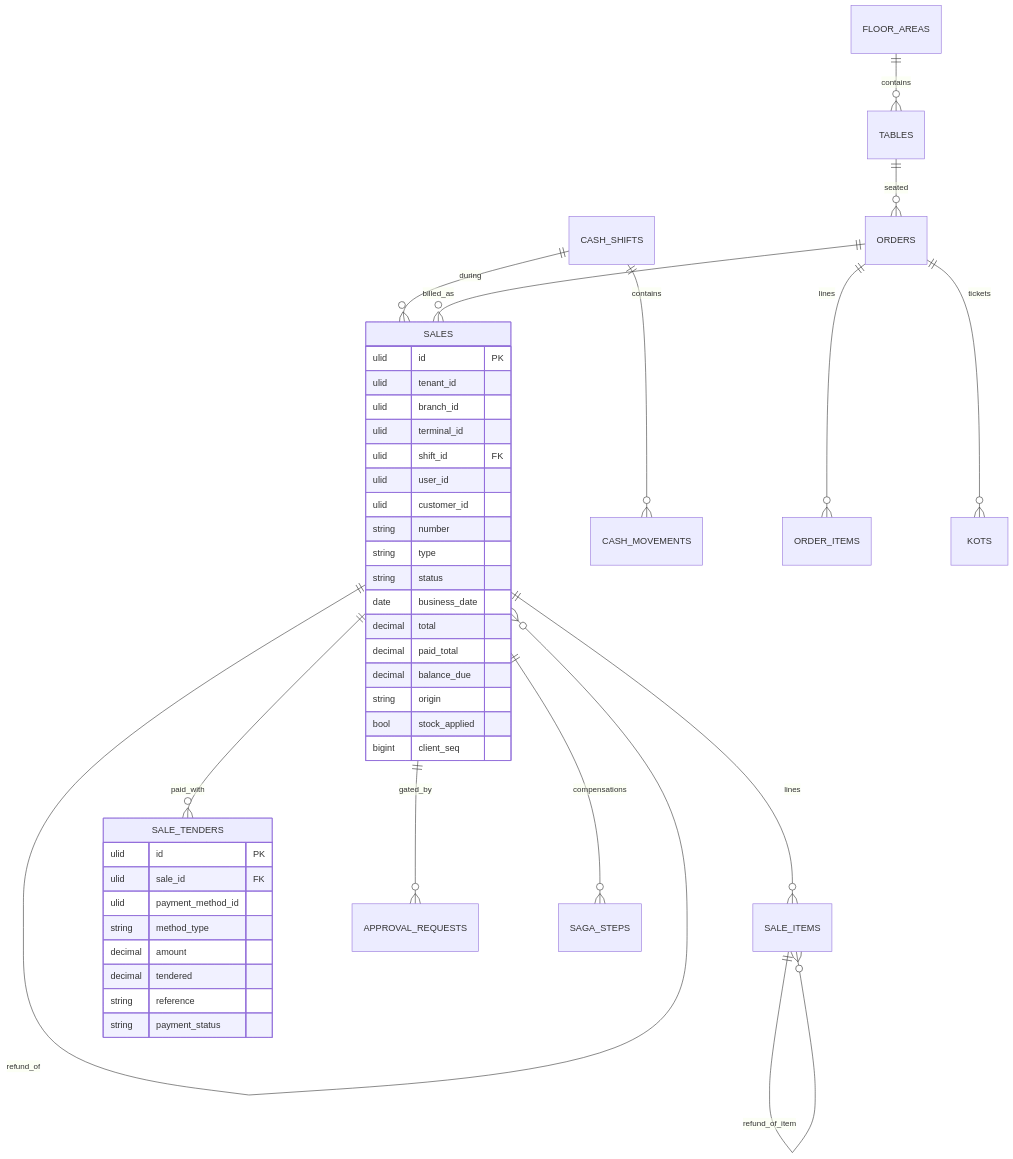
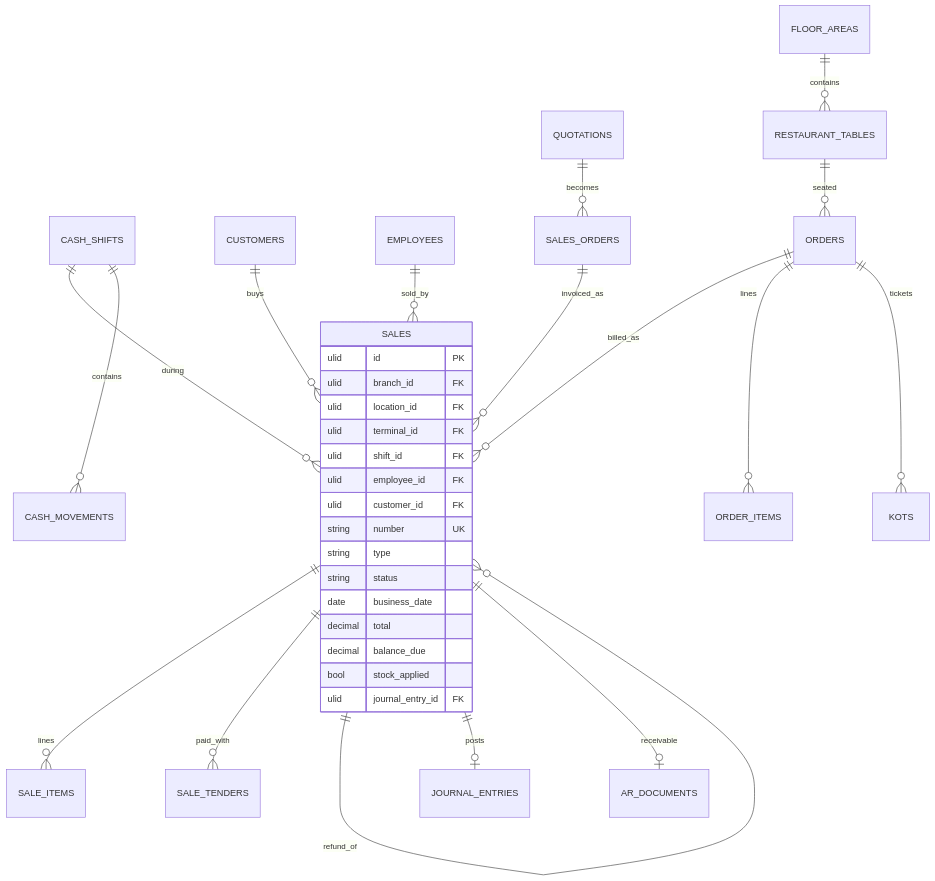
The sixth of 9 diagrams in docs/database.md (hasi94/SASS-POS), drawn with Mermaid before and after one commit. The commit also changed other lines of this file and 5 other files, not shown here.

First line of the commit message:
docs: architecture v0.4 — master database plus one database per tenant

````diff
--- a/docs/database.md
+++ b/docs/database.md
@@ -299,45 +558,36 @@
 ```mermaid
 erDiagram
   SALES ||--o{ SALE_ITEMS : lines
   SALES ||--o{ SALE_TENDERS : paid_with
   SALES ||--o{ SALES : refund_of
-  SALE_ITEMS ||--o{ SALE_ITEMS : refund_of_item
   CASH_SHIFTS ||--o{ SALES : during
   CASH_SHIFTS ||--o{ CASH_MOVEMENTS : contains
-  SALES ||--o{ APPROVAL_REQUESTS : gated_by
-  SALES ||--o{ SAGA_STEPS : compensations
+  CUSTOMERS ||--o{ SALES : buys
+  EMPLOYEES ||--o{ SALES : sold_by
+  SALES ||--o| JOURNAL_ENTRIES : posts
+  SALES ||--o| AR_DOCUMENTS : receivable
+  QUOTATIONS ||--o{ SALES_ORDERS : becomes
+  SALES_ORDERS ||--o{ SALES : invoiced_as
   ORDERS ||--o{ SALES : billed_as
   ORDERS ||--o{ ORDER_ITEMS : lines
   ORDERS ||--o{ KOTS : tickets
-  TABLES ||--o{ ORDERS : seated
-  FLOOR_AREAS ||--o{ TABLES : contains
+  RESTAURANT_TABLES ||--o{ ORDERS : seated
+  FLOOR_AREAS ||--o{ RESTAURANT_TABLES : contains
   SALES {
     ulid id PK
-    ulid tenant_id
-    ulid branch_id
-    ulid terminal_id
+    ulid branch_id FK
+    ulid location_id FK
+    ulid terminal_id FK
     ulid shift_id FK
-    ulid user_id
-    ulid customer_id
-    string number
+    ulid employee_id FK
+    ulid customer_id FK
+    string number UK
     string type
     string status
     date business_date
     decimal total
-    decimal paid_total
     decimal balance_due
-    string origin
     bool stock_applied
-    bigint client_seq
-  }
-  SALE_TENDERS {
-    ulid id PK
-    ulid sale_id FK
-    ulid payment_method_id
-    string method_type
-    decimal amount
-    decimal tendered
-    string reference
-    string payment_status
+    ulid journal_entry_id FK
   }
 ```
````
